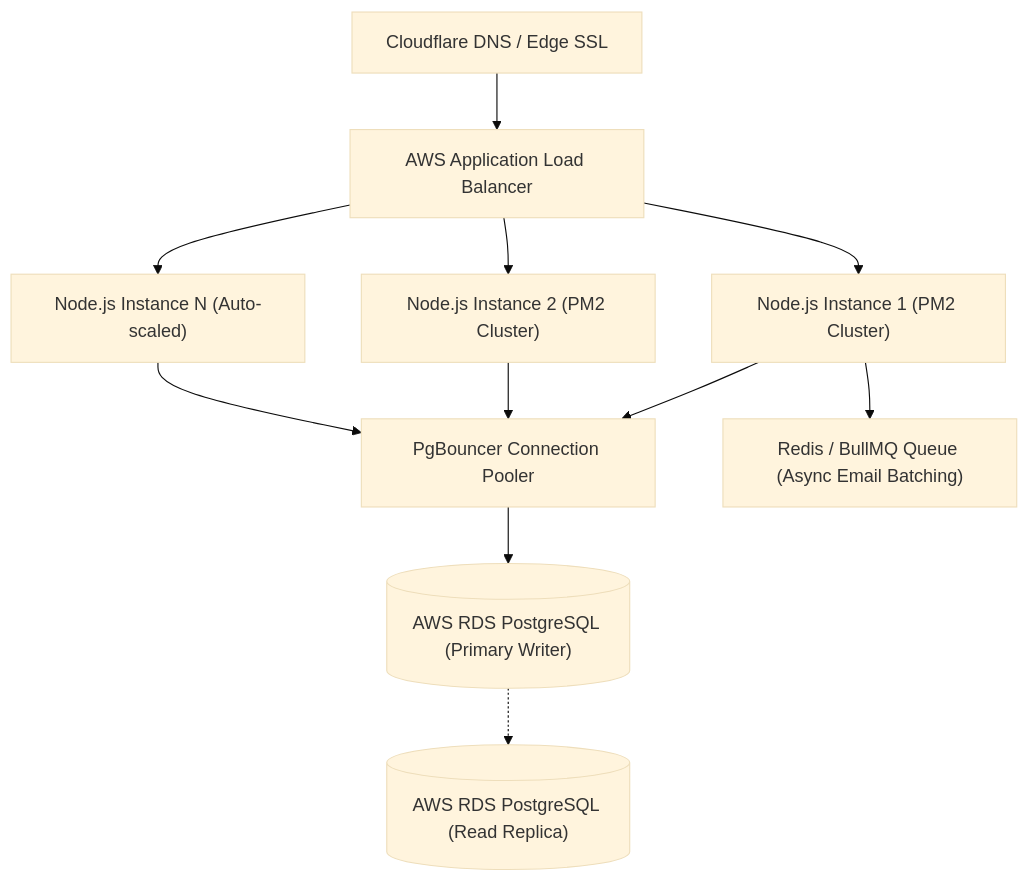
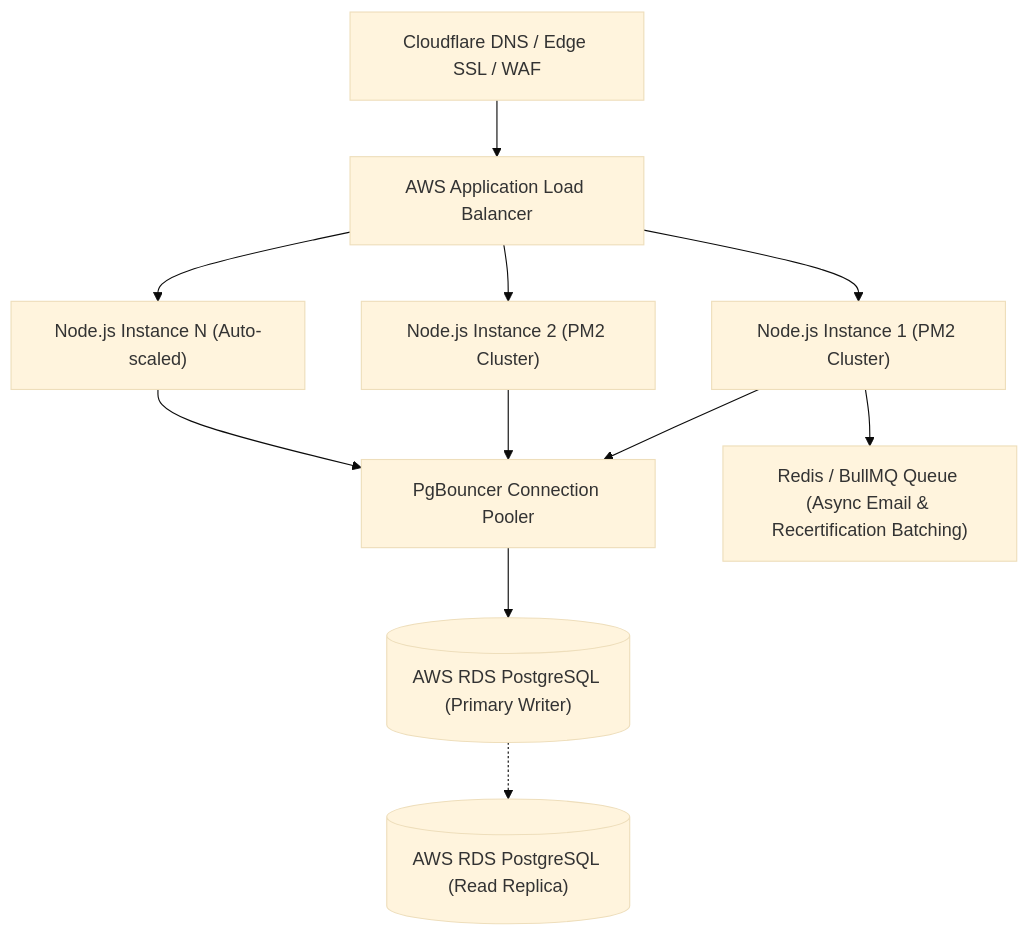
Before and after one commit to dev1worxpertise-blip/elearning: the third of 3 diagrams in docs/4_SYSTEM_ARCHITECTURE_AND_LOAD_CAPACITY.md, drawn with Mermaid (base theme). The commit also changed other lines of this file and 4 other files, not shown here.

Commit message:
docs: comprehensive update of technical, VAPT, operational, compliance, and architecture documentation for all enterprise features

````diff
--- a/docs/4_SYSTEM_ARCHITECTURE_AND_LOAD_CAPACITY.md
+++ b/docs/4_SYSTEM_ARCHITECTURE_AND_LOAD_CAPACITY.md
@@ -195,16 +289,16 @@
 ```mermaid
 flowchart TD
-    DNS["Cloudflare DNS / Edge SSL"] --> ALB["AWS Application Load Balancer"]
+    DNS["Cloudflare DNS / Edge SSL / WAF"] --> ALB["AWS Application Load Balancer"]
     ALB --> NodeApp1["Node.js Instance 1 (PM2 Cluster)"]
     ALB --> NodeApp2["Node.js Instance 2 (PM2 Cluster)"]
     ALB --> NodeAppN["Node.js Instance N (Auto-scaled)"]
     
     NodeApp1 --> PgBouncer["PgBouncer Connection Pooler"]
     NodeApp2 --> PgBouncer
     NodeAppN --> PgBouncer
 
     PgBouncer --> RDSPrimary[("AWS RDS PostgreSQL (Primary Writer)")]
     RDSPrimary -.-> RDSReplica[("AWS RDS PostgreSQL (Read Replica)")]
 
-    NodeApp1 --> RedisQueue["Redis / BullMQ Queue (Async Email Batching)"]
+    NodeApp1 --> RedisQueue["Redis / BullMQ Queue (Async Email & Recertification Batching)"]
 ```
````
